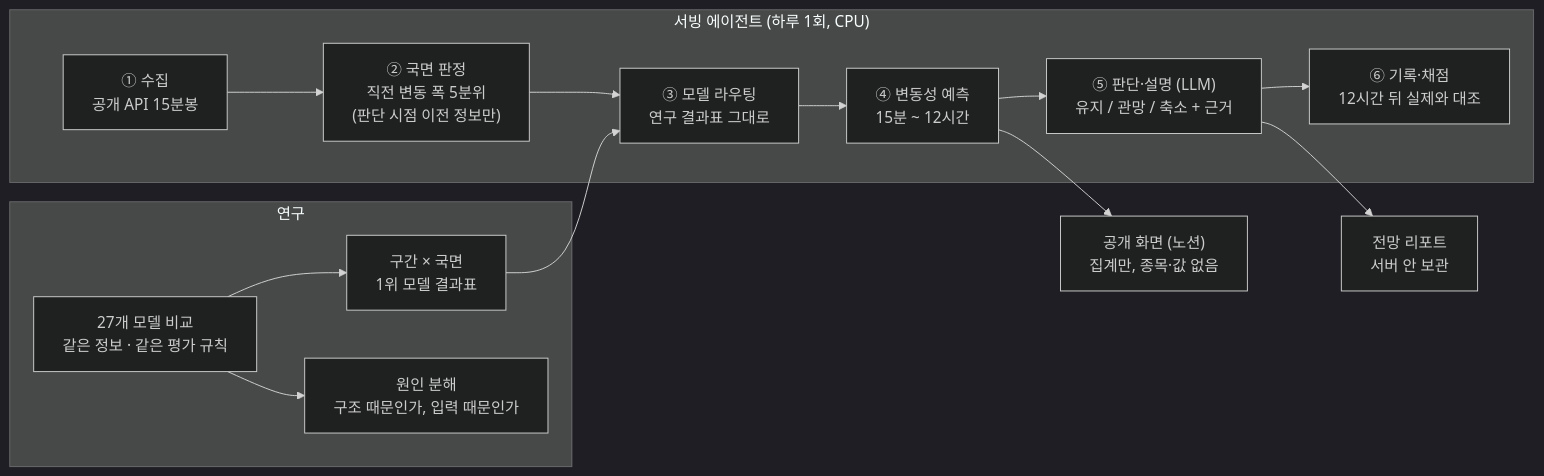
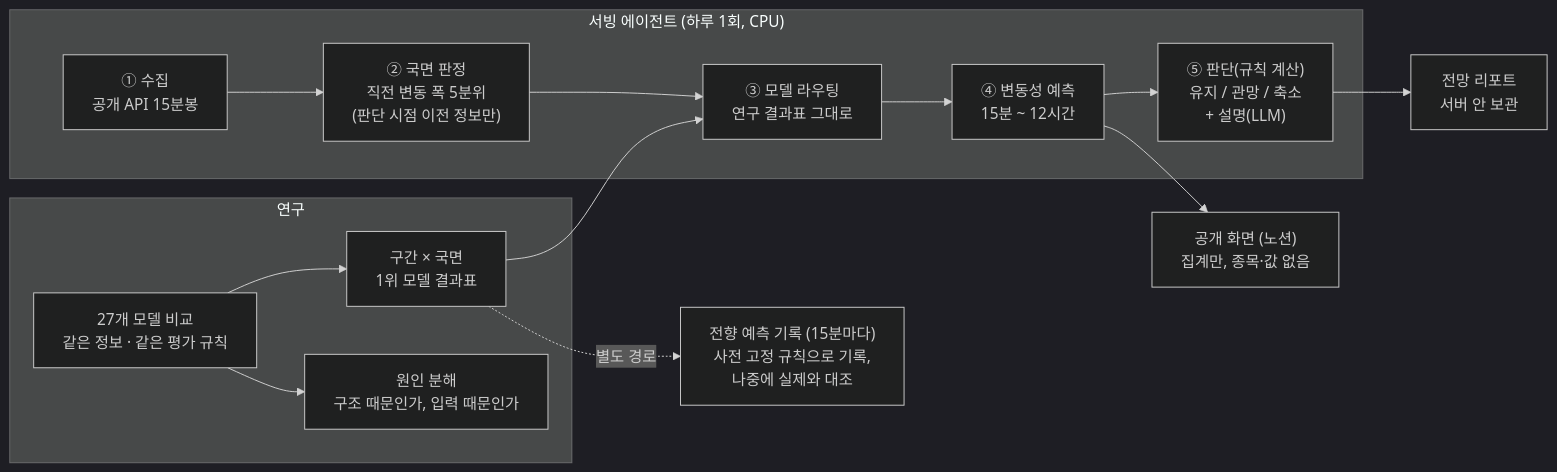
Before and after one commit to tabjun/Quant_Trading: the diagram in README.md, drawn with Mermaid (dark theme). The commit also changed other lines of this file and 1 other file, not shown here.

Commit message:
docs: 서비스 세션 대조 교정 — 판단은 규칙 계산, LLM은 설명만
- 루트: 소개 문장과 도식 ⑤를 '판단(규칙 계산)+설명(LLM)'으로, 전향 기록을 별도 경로로 분리
- serving: 판단 규칙(축소/관망/유지) 명시, 일치율 1.0은 이전 버전 측정으로 이력화,
  숫자 대조 범위를 LLM 문장으로 한정, 응답 스키마를 설명 5칸으로 갱신,
  서버 구현 기준 서술임을 명시

Claude-Session: https://claude.ai/code/session_01VXpC6dg9FY5GWx7X1k1FYN

````diff
--- a/README.md
+++ b/README.md
@@ -13,17 +13,17 @@
 ```mermaid
 flowchart LR
     subgraph 연구
         A["27개 모델 비교<br/>같은 정보 · 같은 평가 규칙"] --> B["구간 × 국면<br/>1위 모델 결과표"]
         A --> C["원인 분해<br/>구조 때문인가, 입력 때문인가"]
     end
     subgraph 서빙_에이전트["서빙 에이전트 (하루 1회, CPU)"]
         D["① 수집<br/>공개 API 15분봉"] --> E["② 국면 판정<br/>직전 변동 폭 5분위<br/>(판단 시점 이전 정보만)"]
         E --> F["③ 모델 라우팅<br/>연구 결과표 그대로"]
         F --> G["④ 변동성 예측<br/>15분 ~ 12시간"]
-        G --> H["⑤ 판단·설명 (LLM)<br/>유지 / 관망 / 축소 + 근거"]
-        H --> I["⑥ 기록·채점<br/>12시간 뒤 실제와 대조"]
+        G --> H["⑤ 판단(규칙 계산)<br/>유지 / 관망 / 축소<br/>+ 설명(LLM)"]
     end
     B --> F
     G --> J["공개 화면 (노션)<br/>집계만, 종목·값 없음"]
     H --> K["전망 리포트<br/>서버 안 보관"]
+    B -. 별도 경로 .-> L["전향 예측 기록 (15분마다)<br/>사전 고정 규칙으로 기록,<br/>나중에 실제와 대조"]
 ```
````
